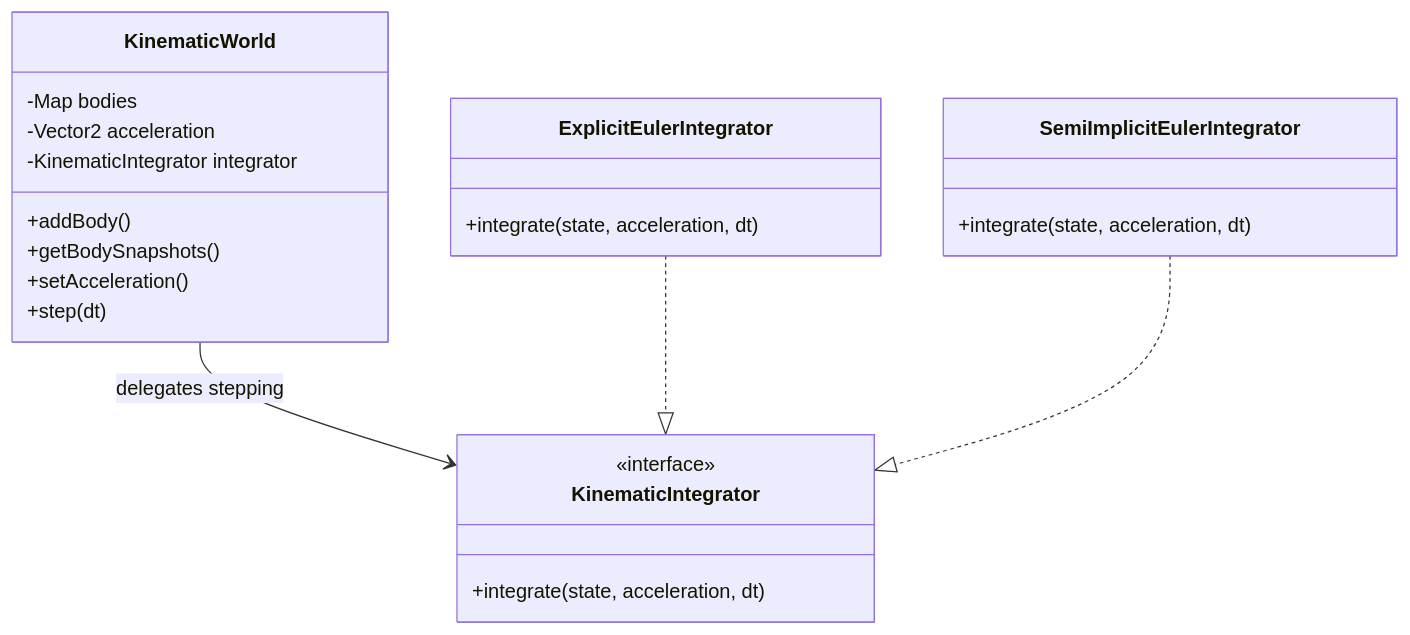
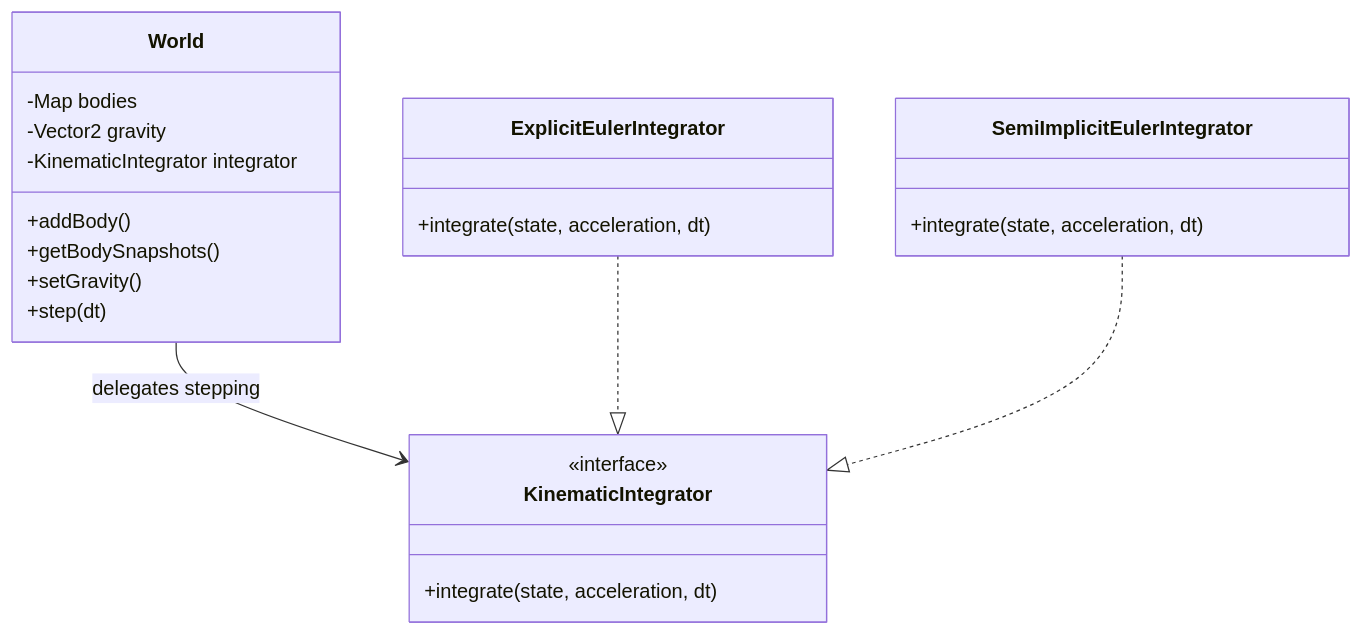
The sixth of 21 diagrams in docs/architecture/README.md (fa-ribeiro/vLab2D), drawn with Mermaid before and after one commit. The commit also changed other lines of this file and 12 other files, not shown here.

````diff
--- a/docs/architecture/README.md
+++ b/docs/architecture/README.md
@@ -294,29 +294,29 @@
 ```mermaid
 classDiagram
-    class KinematicWorld {
+    class World {
         -Map bodies
-        -Vector2 acceleration
+        -Vector2 gravity
         -KinematicIntegrator integrator
         +addBody()
         +getBodySnapshots()
-        +setAcceleration()
+        +setGravity()
         +step(dt)
     }
 
     class KinematicIntegrator {
         <<interface>>
         +integrate(state, acceleration, dt)
     }
 
     class ExplicitEulerIntegrator {
         +integrate(state, acceleration, dt)
     }
 
     class SemiImplicitEulerIntegrator {
         +integrate(state, acceleration, dt)
     }
 
-    KinematicWorld --> KinematicIntegrator : delegates stepping
+    World --> KinematicIntegrator : delegates stepping
     ExplicitEulerIntegrator ..|> KinematicIntegrator
     SemiImplicitEulerIntegrator ..|> KinematicIntegrator
 ```
````
